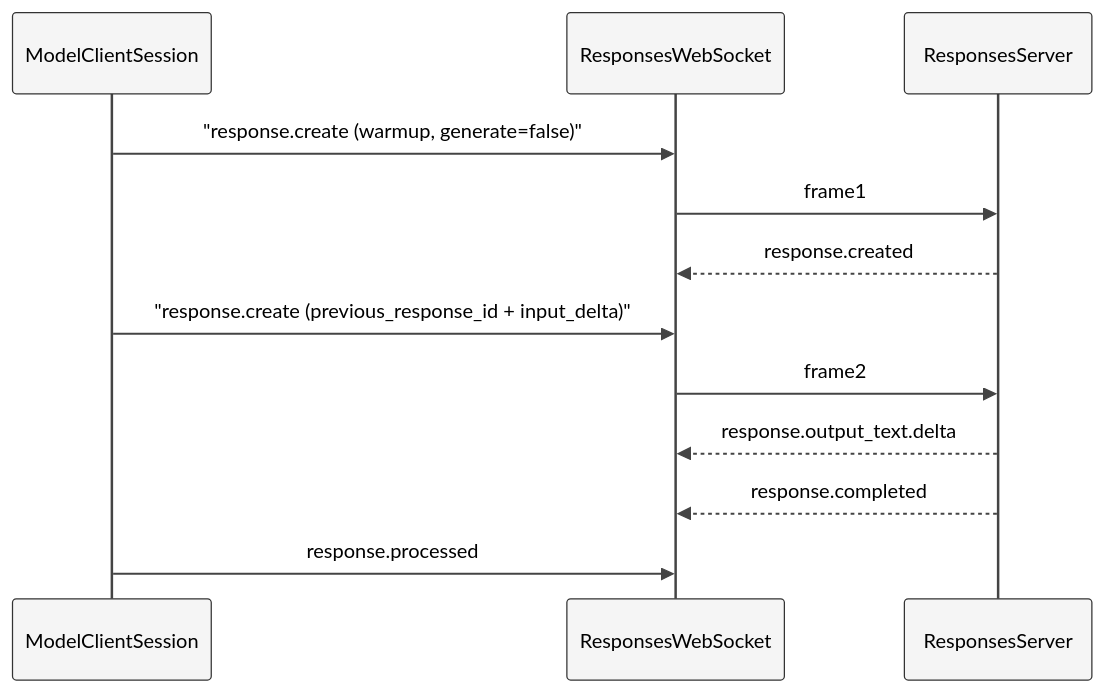
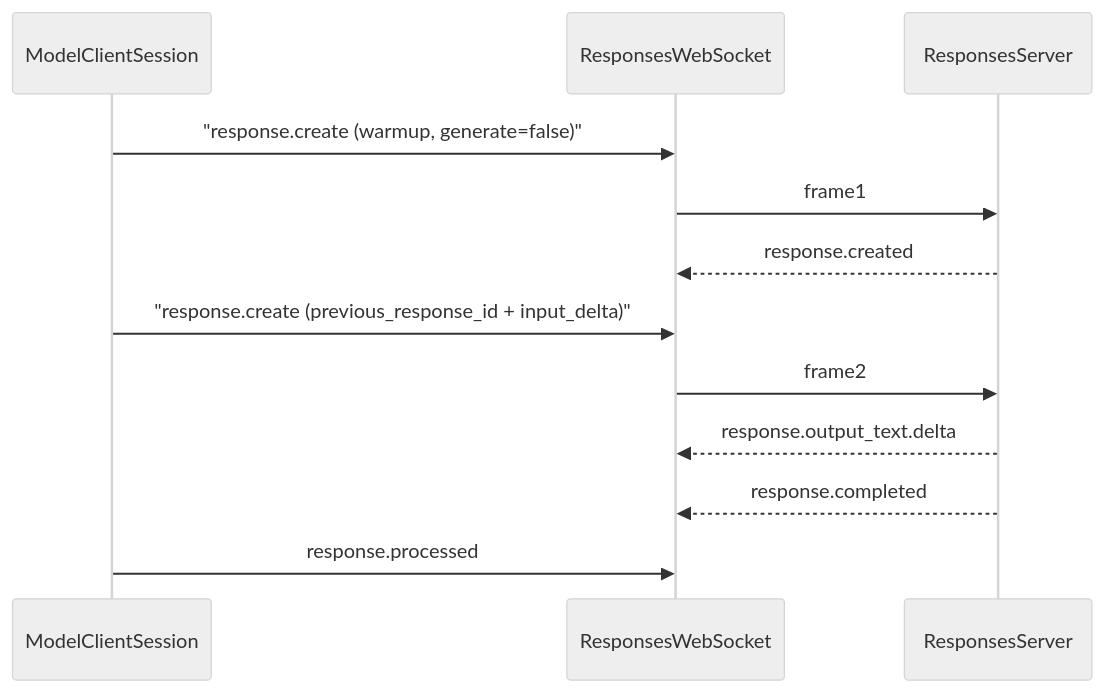
The third of 6 diagrams in Part I Principles and Usage/08-Provider与API模式.md (GLBB/codex-source-analysis), drawn with Mermaid before and after one commit. The commit also changed other lines of this file and 29 other files, not shown here.

````diff
--- a/Part I Principles and Usage/08-Provider与API模式.md
+++ b/Part I Principles and Usage/08-Provider与API模式.md
@@ -408,15 +407,15 @@
 ```mermaid
-%%{init: {"theme":"neutral","themeCSS":"svg { background: #ffffff !important; } .label, .messageText, .loopText, .noteText, text { fill: #000000 !important; color: #000000 !important; }","themeVariables":{"background":"#ffffff","mainBkg":"#ffffff","primaryColor":"#f5f5f5","primaryTextColor":"#000000","primaryBorderColor":"#333333","lineColor":"#444444","textColor":"#000000","actorBkg":"#f5f5f5","actorBorder":"#333333","actorTextColor":"#000000","actorLineColor":"#444444","activationBkg":"#e8e8e8","activationBorderColor":"#333333","noteBkgColor":"#f0f0f0","noteBorderColor":"#888888","noteTextColor":"#000000","signalColor":"#444444","signalTextColor":"#000000","fontFamily":"Helvetica"}}}%%
+%%{init:{'theme':'neutral','themeVariables':{'background':'#ffffff'}}}%%
 sequenceDiagram
     participant Sess as ModelClientSession
     participant Ws as ResponsesWebSocket
     participant Srv as ResponsesServer
     Sess->>Ws: "response.create (warmup, generate=false)"
     Ws->>Srv: frame1
     Srv-->>Ws: response.created
     Sess->>Ws: "response.create (previous_response_id + input_delta)"
     Ws->>Srv: frame2
     Srv-->>Ws: response.output_text.delta
     Srv-->>Ws: response.completed
     Sess->>Ws: response.processed
 ```
````
